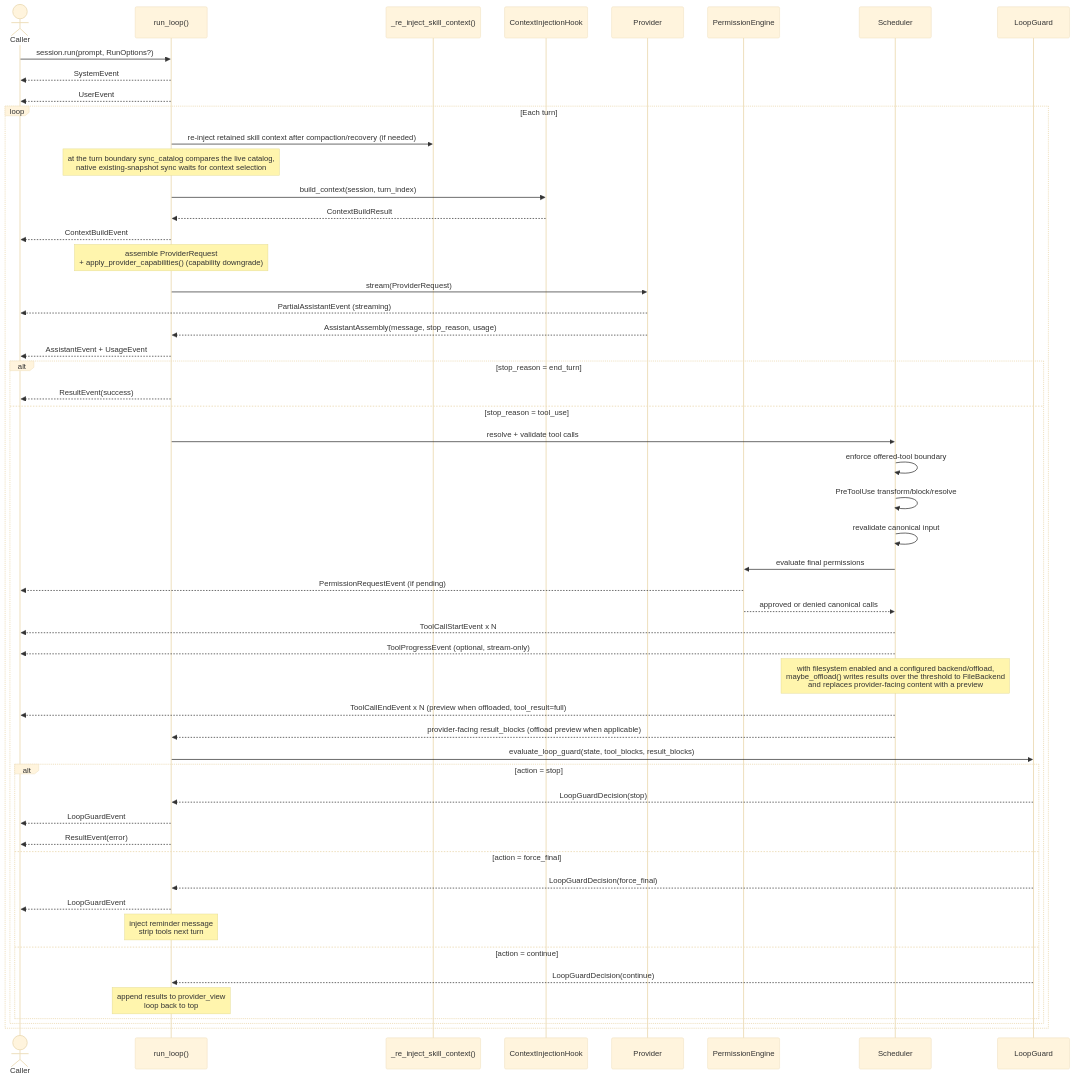
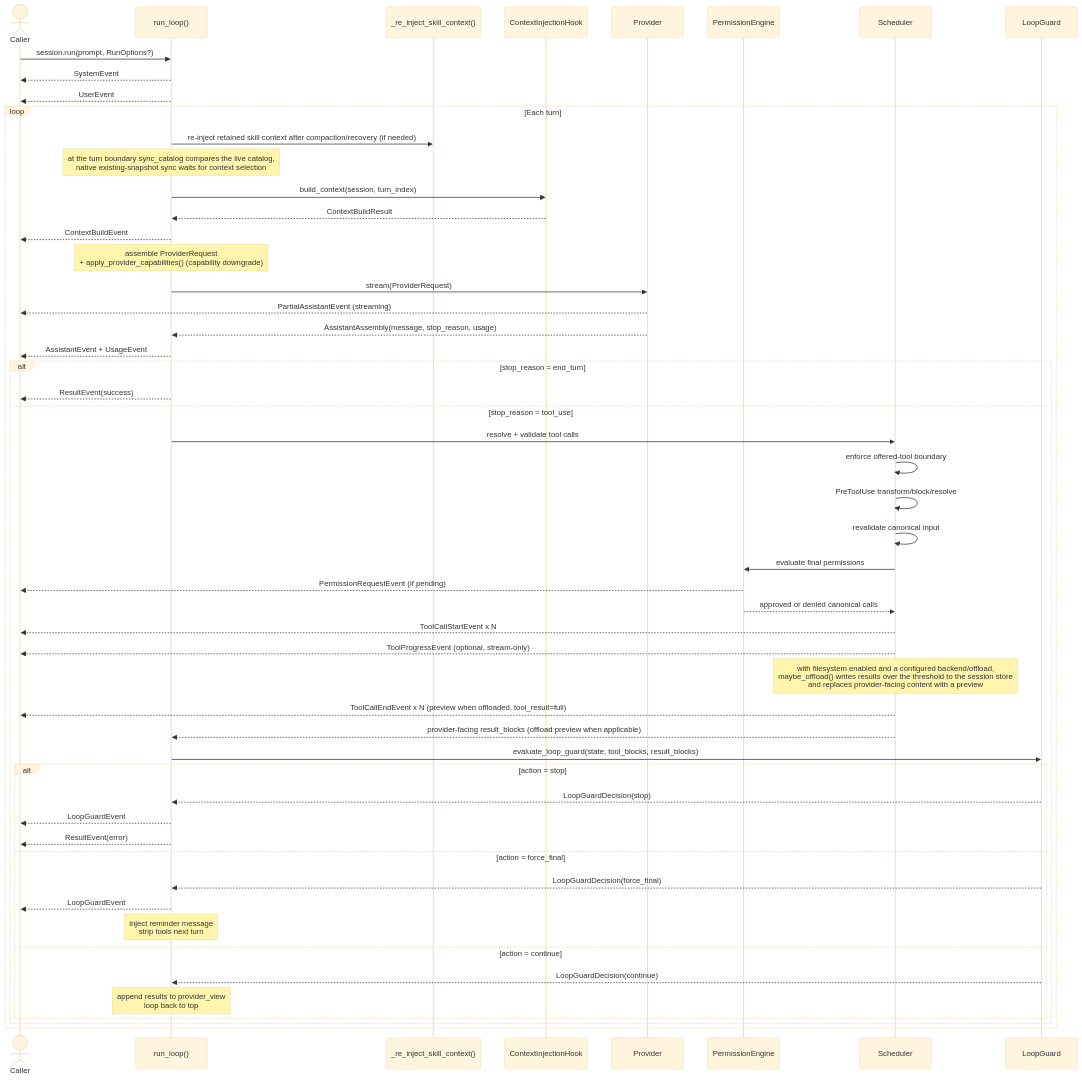
One commit to DuyTa506/linch changed the diagram in docs/architecture/turn-lifecycle.md. Above: the diagram before and after it, drawn with Mermaid (base theme). The commit also changed 27 other files, not shown here.

First line of the commit message:
Keep offloaded tool results in the session store

````diff
--- a/docs/architecture/turn-lifecycle.md
+++ b/docs/architecture/turn-lifecycle.md
@@ -11,64 +11,64 @@
 ```mermaid
 sequenceDiagram
     actor Caller
     participant RL as run_loop()
     participant SK as _re_inject_skill_context()
     participant CB as ContextInjectionHook
     participant PR as Provider
     participant PE as PermissionEngine
     participant SC as Scheduler
     participant LG as LoopGuard
 
     Caller->>RL: session.run(prompt, RunOptions?)
     RL-->>Caller: SystemEvent
     RL-->>Caller: UserEvent
 
     loop Each turn
         RL->>SK: re-inject retained skill context after compaction/recovery (if needed)
         Note over RL: at the turn boundary sync_catalog compares the live catalog,<br/>native existing-snapshot sync waits for context selection
         RL->>CB: build_context(session, turn_index)
         CB-->>RL: ContextBuildResult
         RL-->>Caller: ContextBuildEvent
 
         Note over RL: assemble ProviderRequest<br/>+ apply_provider_capabilities() (capability downgrade)
 
         RL->>PR: stream(ProviderRequest)
         PR-->>Caller: PartialAssistantEvent (streaming)
         PR-->>RL: AssistantAssembly(message, stop_reason, usage)
 
         RL-->>Caller: AssistantEvent + UsageEvent
 
         alt stop_reason = end_turn
             RL-->>Caller: ResultEvent(success)
         else stop_reason = tool_use
             RL->>SC: resolve + validate tool calls
             SC->>SC: enforce offered-tool boundary
             SC->>SC: PreToolUse transform/block/resolve
             SC->>SC: revalidate canonical input
             SC->>PE: evaluate final permissions
             PE-->>Caller: PermissionRequestEvent (if pending)
             PE-->>SC: approved or denied canonical calls
 
             SC-->>Caller: ToolCallStartEvent x N
             SC-->>Caller: ToolProgressEvent (optional, stream-only)
-            Note over SC: with filesystem enabled and a configured backend/offload,<br/>maybe_offload() writes results over the threshold to FileBackend<br/>and replaces provider-facing content with a preview
+            Note over SC: with filesystem enabled and a configured backend/offload,<br/>maybe_offload() writes results over the threshold to the session store<br/>and replaces provider-facing content with a preview
             SC-->>Caller: ToolCallEndEvent x N (preview when offloaded, tool_result=full)
             SC-->>RL: provider-facing result_blocks (offload preview when applicable)
 
             RL->>LG: evaluate_loop_guard(state, tool_blocks, result_blocks)
 
             alt action = stop
                 LG-->>RL: LoopGuardDecision(stop)
                 RL-->>Caller: LoopGuardEvent
                 RL-->>Caller: ResultEvent(error)
             else action = force_final
                 LG-->>RL: LoopGuardDecision(force_final)
                 RL-->>Caller: LoopGuardEvent
                 Note over RL: inject reminder message<br/>strip tools next turn
             else action = continue
                 LG-->>RL: LoopGuardDecision(continue)
                 Note over RL: append results to provider_view<br/>loop back to top
             end
         end
     end
 ```
````
